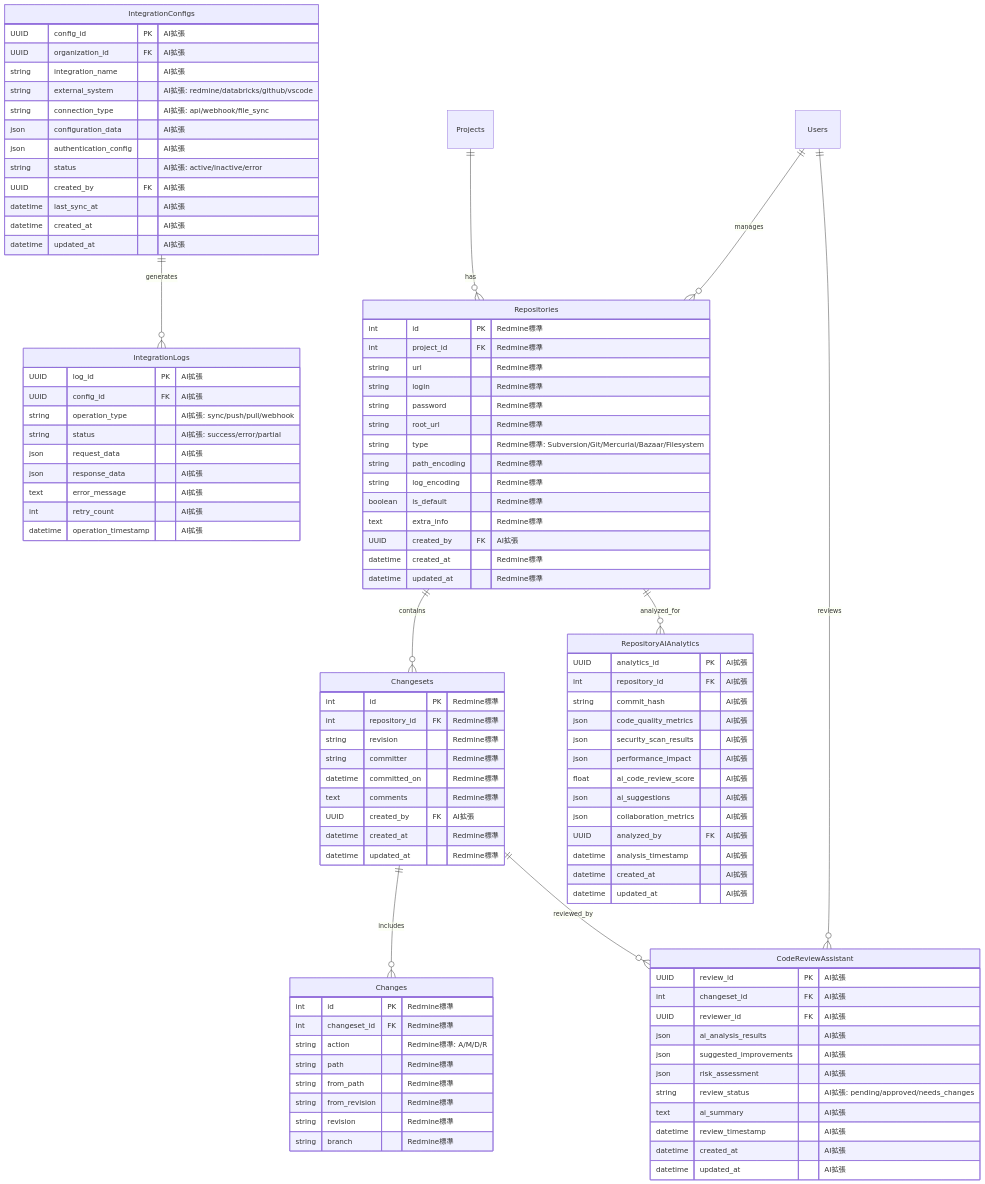
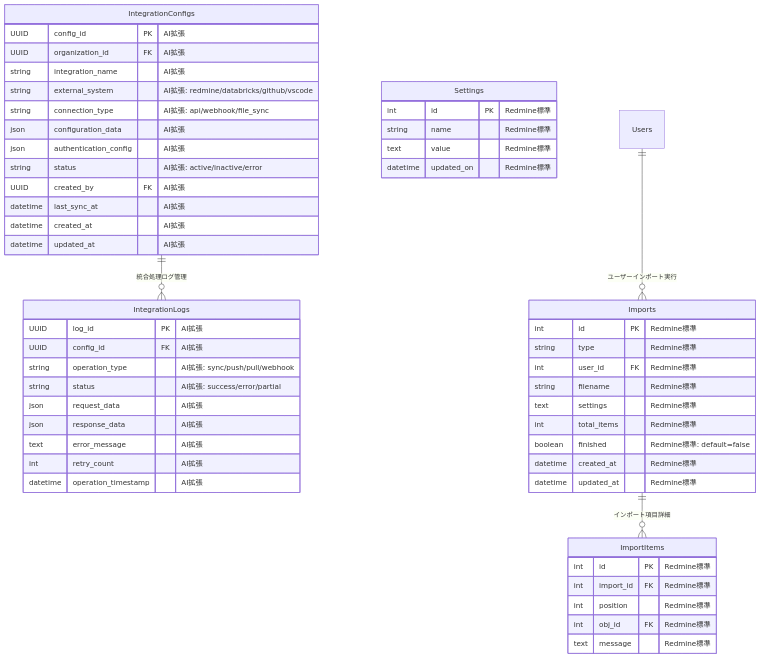
One commit to daichiTAAA/AgentOpsPlatform changed diagram 25 of 29 in docs/030000_設計/035000_データ設計/035010_ER図.md. Above: the diagram before and after it, drawn with Mermaid. The commit also changed other lines of this file, not shown here.

````diff
--- a/docs/030000_設計/035000_データ設計/035010_ER図.md
+++ b/docs/030000_設計/035000_データ設計/035010_ER図.md
@@ -1056,85 +1283,35 @@
         datetime operation_timestamp "AI拡張"
     }
     
-    %% Redmine基盤: バージョン管理統合
-    Repositories {
+    Imports {
         int id PK "Redmine標準"
-        int project_id FK "Redmine標準"
-        string url "Redmine標準"
-        string login "Redmine標準"
-        string password "Redmine標準"
-        string root_url "Redmine標準"
-        string type "Redmine標準: Subversion/Git/Mercurial/Bazaar/Filesystem"
-        string path_encoding "Redmine標準"
-        string log_encoding "Redmine標準"
-        boolean is_default "Redmine標準"
-        text extra_info "Redmine標準"
-        UUID created_by FK "AI拡張"
+        string type "Redmine標準"
+        int user_id FK "Redmine標準"
+        string filename "Redmine標準"
+        text settings "Redmine標準"
+        int total_items "Redmine標準"
+        boolean finished "Redmine標準: default=false"
         datetime created_at "Redmine標準"
         datetime updated_at "Redmine標準"
     }
     
-    Changesets {
+    ImportItems {
         int id PK "Redmine標準"
-        int repository_id FK "Redmine標準"
-        string revision "Redmine標準"
-        string committer "Redmine標準"
-        datetime committed_on "Redmine標準"
-        text comments "Redmine標準"
-        UUID created_by FK "AI拡張"
-        datetime created_at "Redmine標準"
-        datetime updated_at "Redmine標準"
+        int import_id FK "Redmine標準"
+        int position "Redmine標準"
+        int obj_id FK "Redmine標準"
+        text message "Redmine標準"
     }
     
-    Changes {
+    Settings {
         int id PK "Redmine標準"
-        int changeset_id FK "Redmine標準"
-        string action "Redmine標準: A/M/D/R"
-        string path "Redmine標準"
-        string from_path "Redmine標準"
-        string from_revision "Redmine標準"
-        string revision "Redmine標準"
-        string branch "Redmine標準"
+        string name "Redmine標準"
+        text value "Redmine標準"
+        datetime updated_on "Redmine標準"
     }
     
-    %% AI拡張: リポジトリ統合AI機能
-    RepositoryAIAnalytics {
-        UUID analytics_id PK "AI拡張"
-        int repository_id FK "AI拡張"
-        string commit_hash "AI拡張"
-        json code_quality_metrics "AI拡張"
-        json security_scan_results "AI拡張"
-        json performance_impact "AI拡張"
-        float ai_code_review_score "AI拡張"
-        json ai_suggestions "AI拡張"
-        json collaboration_metrics "AI拡張"
-        UUID analyzed_by FK "AI拡張"
-        datetime analysis_timestamp "AI拡張"
-        datetime created_at "AI拡張"
-        datetime updated_at "AI拡張"
-    }
-    
-    CodeReviewAssistant {
-        UUID review_id PK "AI拡張"
-        int changeset_id FK "AI拡張"
-        UUID reviewer_id FK "AI拡張"
-        json ai_analysis_results "AI拡張"
-        json suggested_improvements "AI拡張"
-        json risk_assessment "AI拡張"
-        string review_status "AI拡張: pending/approved/needs_changes"
-        text ai_summary "AI拡張"
-        datetime review_timestamp "AI拡張"
-        datetime created_at "AI拡張"
-        datetime updated_at "AI拡張"
-    }
-    
-    %% リレーション関係
-    IntegrationConfigs ||--o{ IntegrationLogs : generates
-    Projects ||--o{ Repositories : has
-    Repositories ||--o{ Changesets : contains
-    Changesets ||--o{ Changes : includes
-    Users ||--o{ Repositories : manages
-    Repositories ||--o{ RepositoryAIAnalytics : analyzed_for
-    Changesets ||--o{ CodeReviewAssistant : reviewed_by
-    Users ||--o{ CodeReviewAssistant : reviews
+    %% 関係性
+    IntegrationConfigs ||--o{ IntegrationLogs : "統合処理ログ管理"
+    Users ||--o{ Imports : "ユーザーインポート実行"
+    Imports ||--o{ ImportItems : "インポート項目詳細"
 ```
````
